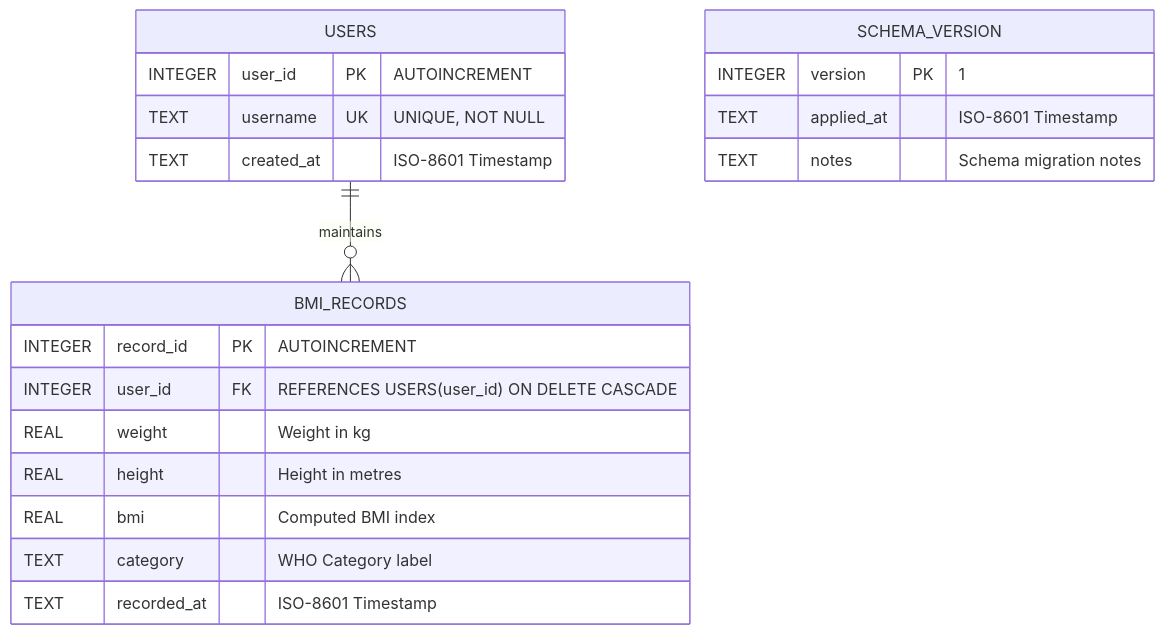
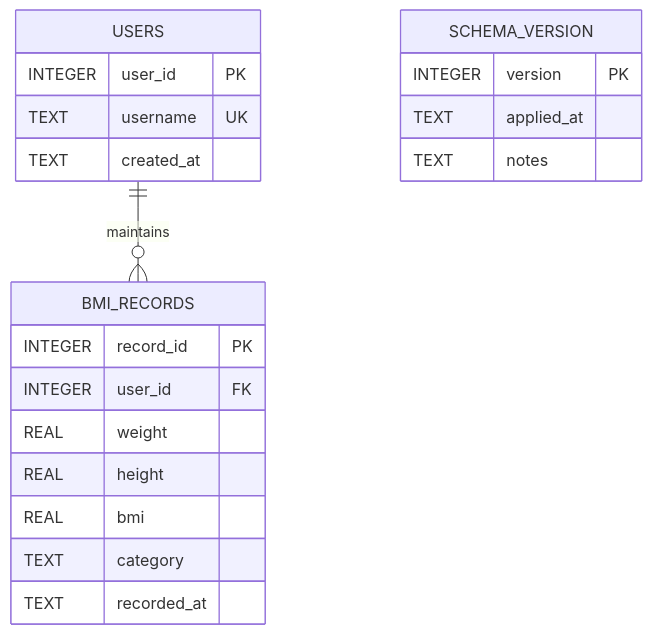
One commit to ArnavSharma-IND/OIBSIP_TASK_2_BMI_AND_WELLNESS_TRACKER changed the diagram in README.md. Above: the diagram before and after it, drawn with Mermaid. The commit also changed other lines of this file, not shown here.

````diff
--- a/README.md
+++ b/README.md
@@ -173,23 +184,26 @@
 ```mermaid
 erDiagram
-    USERS ||--o{ BMI_RECORDS : "maintains"
+    USERS ||--o{ BMI_RECORDS : maintains
+
     USERS {
-        INTEGER user_id PK "AUTOINCREMENT"
-        TEXT username UK "UNIQUE, NOT NULL"
-        TEXT created_at "ISO-8601 Timestamp"
+        INTEGER user_id PK
+        TEXT username UK
+        TEXT created_at
     }
+
     BMI_RECORDS {
-        INTEGER record_id PK "AUTOINCREMENT"
-        INTEGER user_id FK "REFERENCES USERS(user_id) ON DELETE CASCADE"
-        REAL weight "Weight in kg"
-        REAL height "Height in metres"
-        REAL bmi "Computed BMI index"
-        TEXT category "WHO Category label"
-        TEXT recorded_at "ISO-8601 Timestamp"
+        INTEGER record_id PK
+        INTEGER user_id FK
+        REAL weight
+        REAL height
+        REAL bmi
+        TEXT category
+        TEXT recorded_at
     }
+
     SCHEMA_VERSION {
-        INTEGER version PK "1"
-        TEXT applied_at "ISO-8601 Timestamp"
-        TEXT notes "Schema migration notes"
+        INTEGER version PK
+        TEXT applied_at
+        TEXT notes
     }
 ```
````
